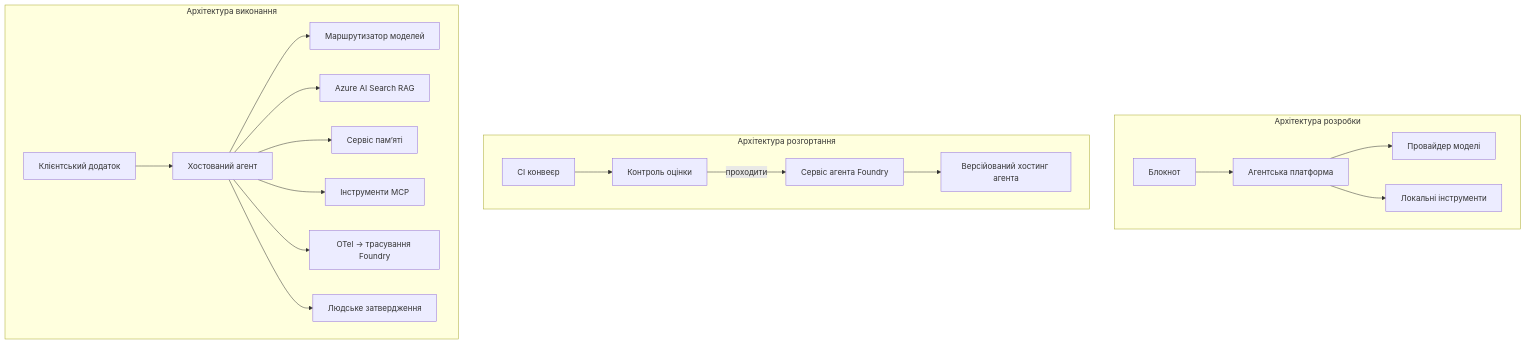
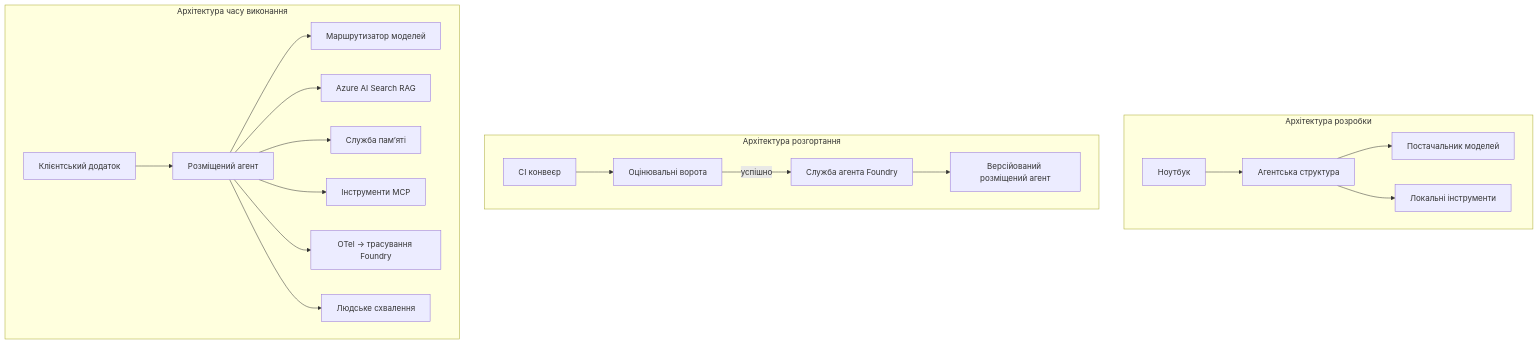
Before and after one commit to microsoft/ai-agents-for-beginners: the fourth of 4 diagrams in translations/uk/16-deploying-scalable-agents/README.md, drawn with Mermaid. The commit also changed other lines of this file and 45 other files, not shown here.

````diff
--- a/translations/uk/16-deploying-scalable-agents/README.md
+++ b/translations/uk/16-deploying-scalable-agents/README.md
@@ -185,22 +185,22 @@
 ```mermaid
 flowchart TB
     subgraph Dev[Архітектура розробки]
-        D1[Блокнот] --> D2[Агентська платформа]
-        D2 --> D3[Провайдер моделі]
+        D1[Ноутбук] --> D2[Агентська структура]
+        D2 --> D3[Постачальник моделей]
         D2 --> D4[Локальні інструменти]
     end
     subgraph Deploy[Архітектура розгортання]
-        E1[CI конвеєр] --> E2[Контроль оцінки]
-        E2 -->|проходити| E3[Сервіс агента Foundry]
-        E3 --> E4[Версійований хостинг агента]
+        E1[CI конвеєр] --> E2[Оцінювальні ворота]
+        E2 -->|успішно| E3[Служба агента Foundry]
+        E3 --> E4[Версійований розміщений агент]
     end
-    subgraph Run[Архітектура виконання]
-        F1[Клієнтський додаток] --> F2[Хостований агент]
+    subgraph Run[Архітектура часу виконання]
+        F1[Клієнтський додаток] --> F2[Розміщений агент]
         F2 --> F3[Маршрутизатор моделей]
         F2 --> F4[Azure AI Search RAG]
-        F2 --> F5[Сервіс пам’яті]
+        F2 --> F5[Служба пам’яті]
         F2 --> F6[Інструменти MCP]
         F2 --> F7[OTel -> трасування Foundry]
-        F2 --> F8[Людське затвердження]
+        F2 --> F8[Людське схвалення]
     end
 ```
````
